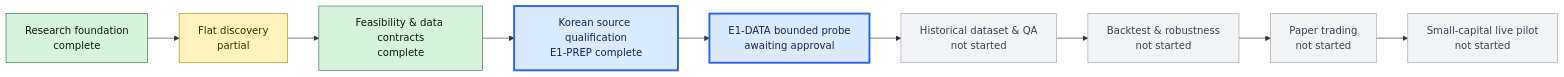
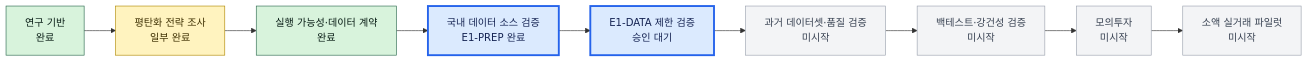
The diagram in README.md (jhg6636/autotrade-lab), drawn with Mermaid before and after one commit. The commit also changed other lines of this file and 1 other file, not shown here.

Commit message:
Translate milestone dashboard into Korean

````diff
--- a/README.md
+++ b/README.md
@@ -16,20 +16,20 @@
 ```mermaid
 flowchart LR
-    A["Research foundation<br/>complete"] --> B["Flat discovery<br/>partial"]
-    B --> C["Feasibility & data contracts<br/>complete"]
-    C --> D["Korean source qualification<br/>E1-PREP complete"]
-    D --> E["E1-DATA bounded probe<br/>awaiting approval"]
-    E --> F["Historical dataset & QA<br/>not started"]
-    F --> G["Backtest & robustness<br/>not started"]
-    G --> H["Paper trading<br/>not started"]
-    H --> I["Small-capital live pilot<br/>not started"]
+    A["연구 기반<br/>완료"] --> B["평탄화 전략 조사<br/>일부 완료"]
+    B --> C["실행 가능성·데이터 계약<br/>완료"]
+    C --> D["국내 데이터 소스 검증<br/>E1-PREP 완료"]
+    D --> E["E1-DATA 제한 검증<br/>승인 대기"]
+    E --> F["과거 데이터셋·품질 검증<br/>미시작"]
+    F --> G["백테스트·강건성 검증<br/>미시작"]
+    G --> H["모의투자<br/>미시작"]
+    H --> I["소액 실거래 파일럿<br/>미시작"]
 
     classDef done fill:#d8f3dc,stroke:#2d6a4f,color:#081c15;
     classDef partial fill:#fff3bf,stroke:#b08900,color:#3d2f00;
     classDef current fill:#dbeafe,stroke:#2563eb,color:#172554,stroke-width:3px;
     classDef future fill:#f3f4f6,stroke:#9ca3af,color:#374151;
     class A,C done;
     class B partial;
     class D,E current;
     class F,G,H,I future;
 ```
````
